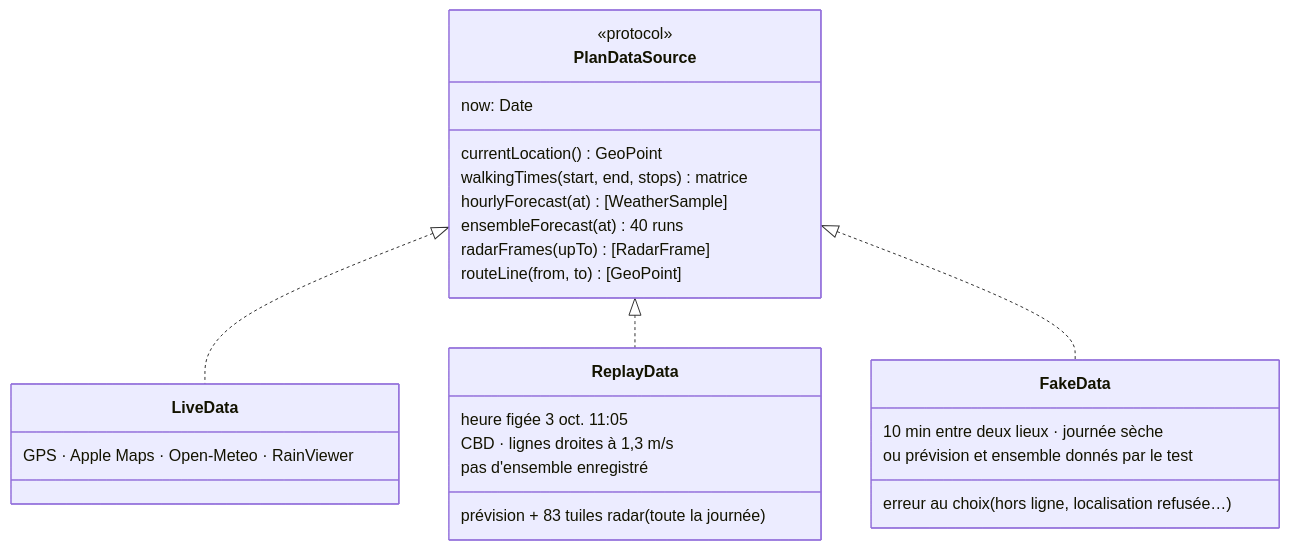
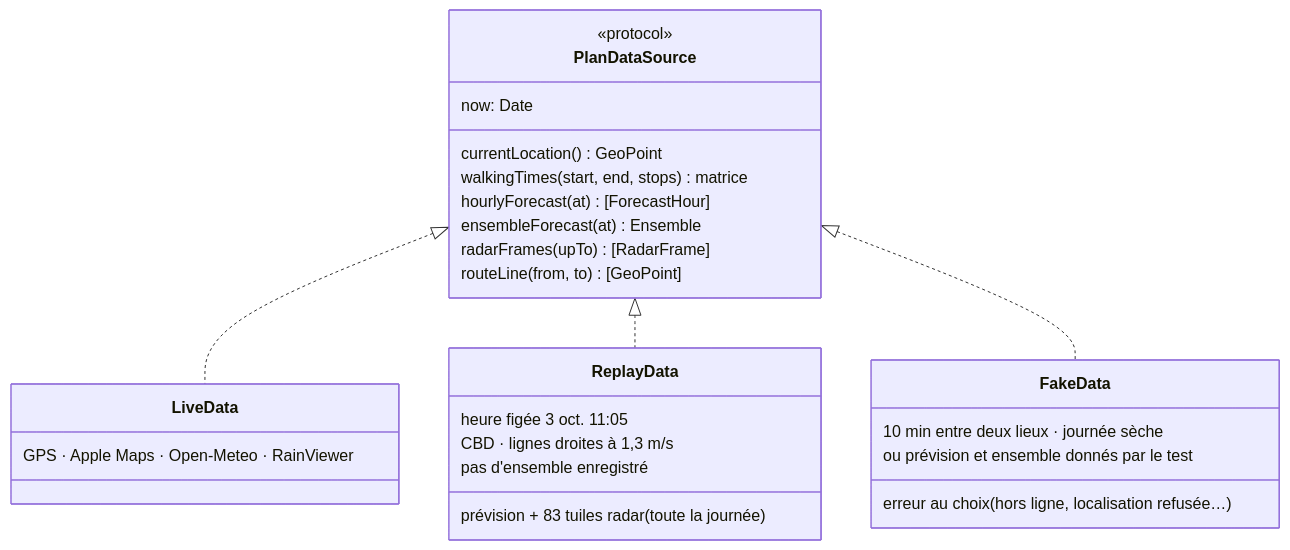
One commit to clembdn/WeatherWindows changed the third of 14 diagrams in docs/explication-du-code.md. Above: the diagram before and after it, drawn with Mermaid. The commit also changed other lines of this file and 240 other files, not shown here.

````diff
--- a/docs/explication-du-code.md
+++ b/docs/explication-du-code.md
@@ -118,30 +198,30 @@
 ```mermaid
 classDiagram
     class PlanDataSource {
         <<protocol>>
         now: Date
         currentLocation() GeoPoint
         walkingTimes(start, end, stops) matrice
-        hourlyForecast(at) [WeatherSample]
-        ensembleForecast(at) 40 runs
+        hourlyForecast(at) [ForecastHour]
+        ensembleForecast(at) Ensemble
         radarFrames(upTo) [RadarFrame]
         routeLine(from, to) [GeoPoint]
     }
     class LiveData {
         GPS · Apple Maps · Open-Meteo · RainViewer
     }
     class ReplayData {
         heure figée 3 oct. 11:05
         CBD · lignes droites à 1,3 m/s
         prévision + 83 tuiles radar (toute la journée)
         pas d'ensemble enregistré
     }
     class FakeData {
         10 min entre deux lieux · journée sèche
         ou prévision et ensemble donnés par le test
         erreur au choix (hors ligne, localisation refusée…)
     }
     PlanDataSource <|.. LiveData
     PlanDataSource <|.. ReplayData
     PlanDataSource <|.. FakeData
 ```
````
